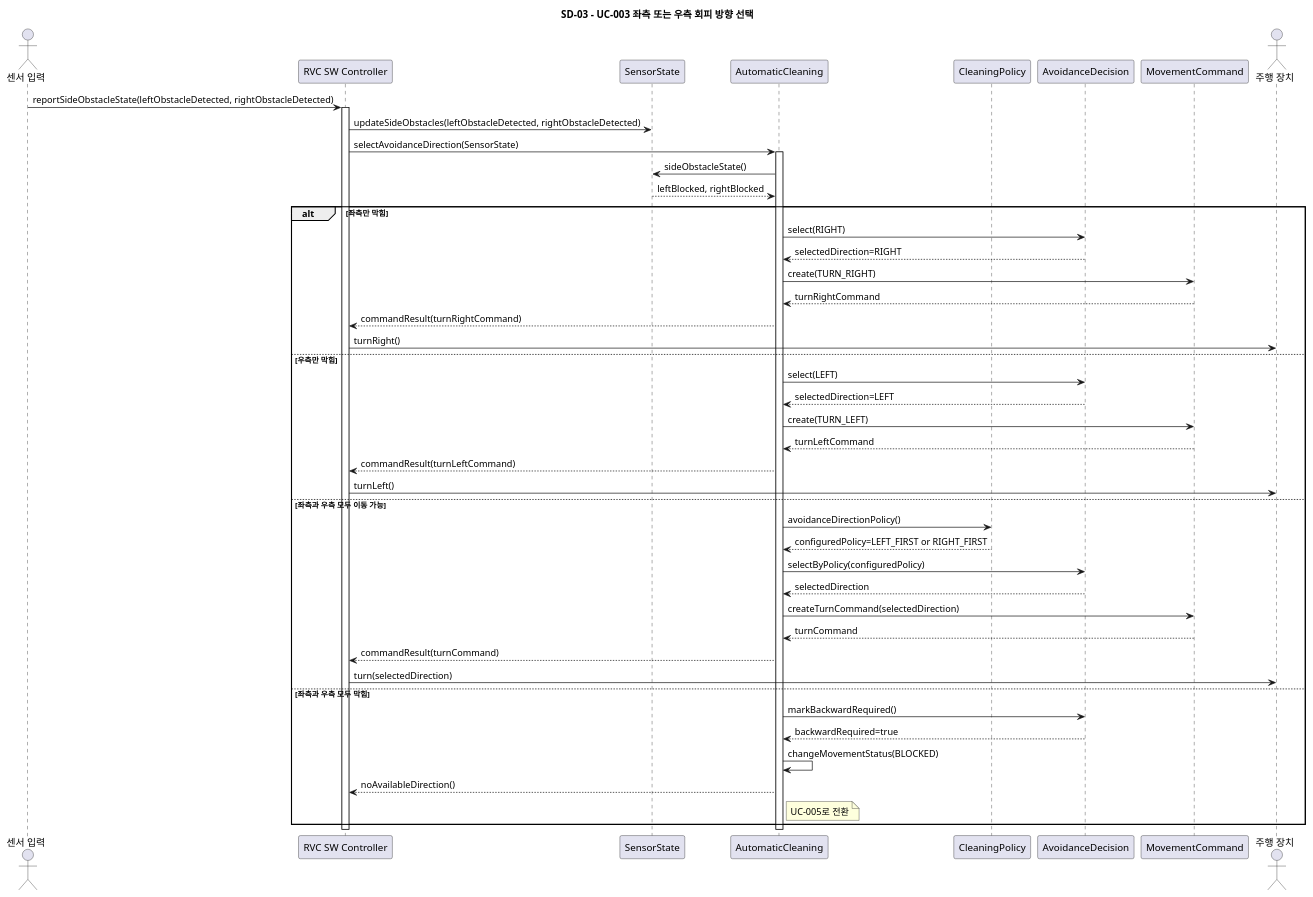
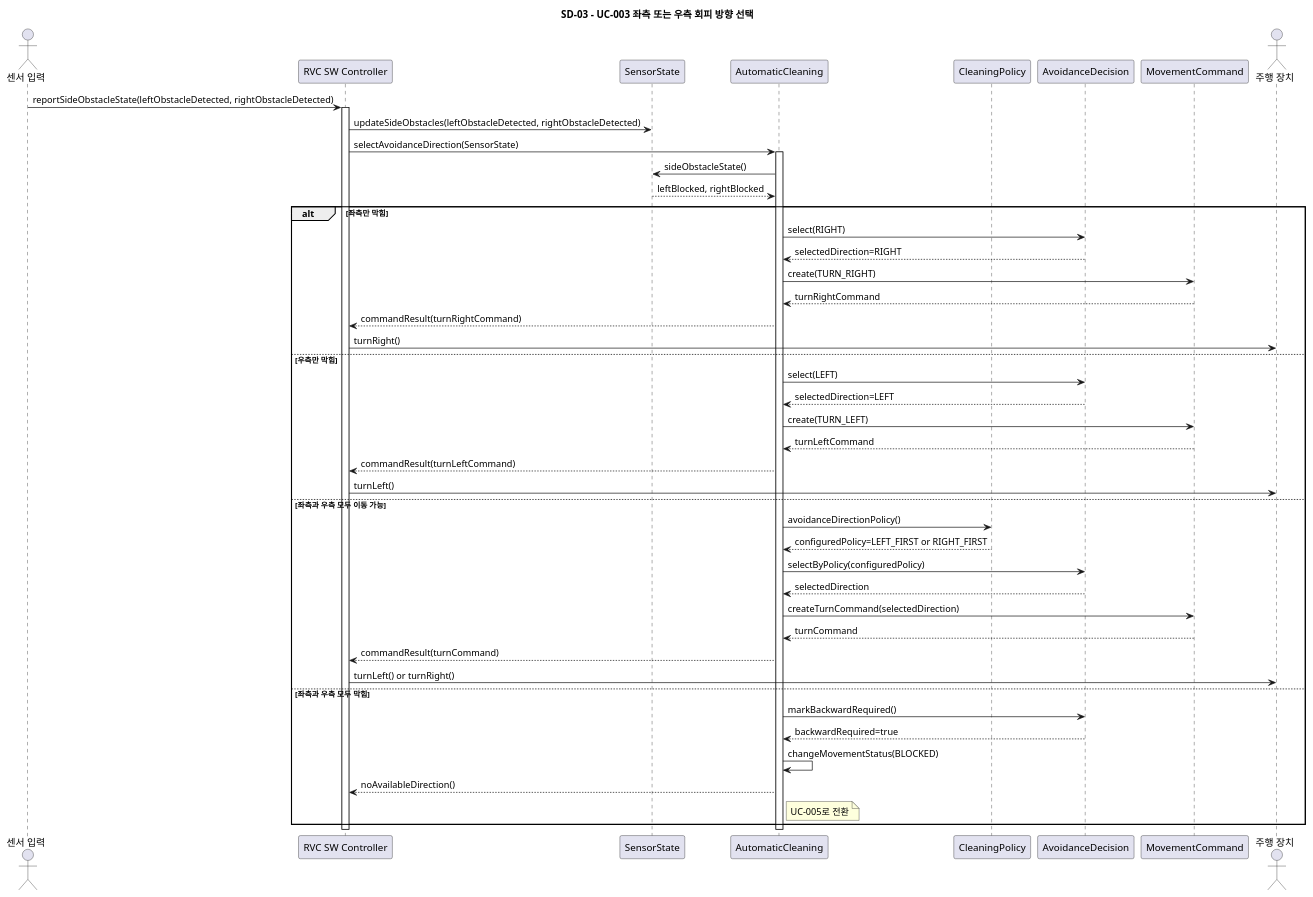
Before and after one commit to OOAD-Team3/Robot-Vacuum-Cleaner-AI: the diagram in docs/sd/SD-03.puml, drawn with PlantUML. The commit also changed 11 other files, not shown here.

```diff
--- a/docs/sd/SD-03.puml
+++ b/docs/sd/SD-03.puml
@@ -6,54 +6,54 @@
 @startuml SD_03_UC003_Select_Avoidance_Direction
 title SD-03 - UC-003 좌측 또는 우측 회피 방향 선택
 
 actor "센서 입력" as Sensor
 participant "RVC SW Controller" as Controller
 participant "SensorState" as SensorState
 participant "AutomaticCleaning" as Cleaning
 participant "CleaningPolicy" as Policy
 participant "AvoidanceDecision" as AvoidanceDecision
 participant "MovementCommand" as MovementCommand
 actor "주행 장치" as Drive
 
 Sensor -> Controller: reportSideObstacleState(leftObstacleDetected, rightObstacleDetected)
 activate Controller
 Controller -> SensorState: updateSideObstacles(leftObstacleDetected, rightObstacleDetected)
 Controller -> Cleaning: selectAvoidanceDirection(SensorState)
 activate Cleaning
 Cleaning -> SensorState: sideObstacleState()
 SensorState --> Cleaning: leftBlocked, rightBlocked
 
 alt 좌측만 막힘
     Cleaning -> AvoidanceDecision: select(RIGHT)
     AvoidanceDecision --> Cleaning: selectedDirection=RIGHT
     Cleaning -> MovementCommand: create(TURN_RIGHT)
     MovementCommand --> Cleaning: turnRightCommand
     Cleaning --> Controller: commandResult(turnRightCommand)
     Controller -> Drive: turnRight()
 else 우측만 막힘
     Cleaning -> AvoidanceDecision: select(LEFT)
     AvoidanceDecision --> Cleaning: selectedDirection=LEFT
     Cleaning -> MovementCommand: create(TURN_LEFT)
     MovementCommand --> Cleaning: turnLeftCommand
     Cleaning --> Controller: commandResult(turnLeftCommand)
     Controller -> Drive: turnLeft()
 else 좌측과 우측 모두 이동 가능
     Cleaning -> Policy: avoidanceDirectionPolicy()
     Policy --> Cleaning: configuredPolicy=LEFT_FIRST or RIGHT_FIRST
     Cleaning -> AvoidanceDecision: selectByPolicy(configuredPolicy)
     AvoidanceDecision --> Cleaning: selectedDirection
     Cleaning -> MovementCommand: createTurnCommand(selectedDirection)
     MovementCommand --> Cleaning: turnCommand
     Cleaning --> Controller: commandResult(turnCommand)
-    Controller -> Drive: turn(selectedDirection)
+    Controller -> Drive: turnLeft() or turnRight()
 else 좌측과 우측 모두 막힘
     Cleaning -> AvoidanceDecision: markBackwardRequired()
     AvoidanceDecision --> Cleaning: backwardRequired=true
     Cleaning -> Cleaning: changeMovementStatus(BLOCKED)
     Cleaning --> Controller: noAvailableDirection()
     note right of Cleaning: UC-005로 전환
 end
 
 deactivate Cleaning
 deactivate Controller
 @enduml
```
